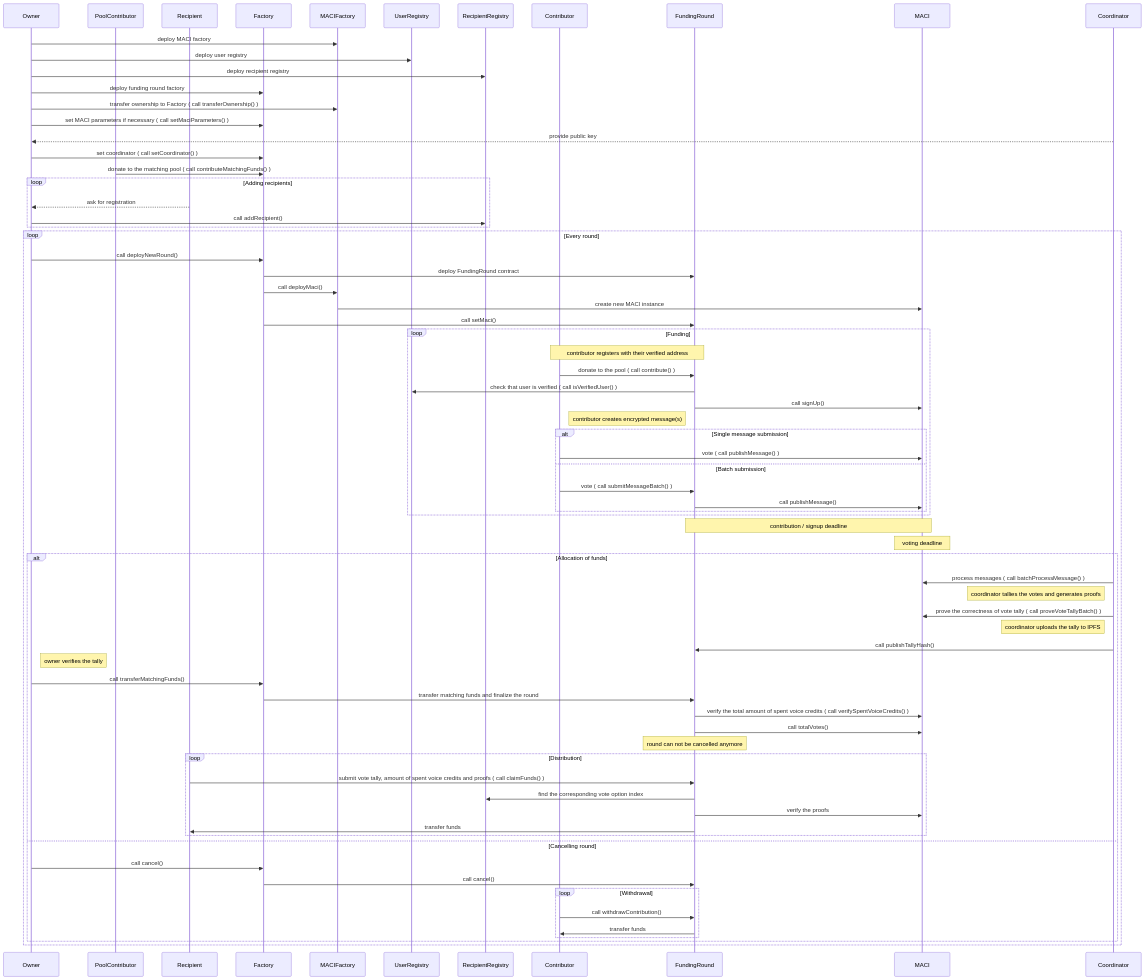
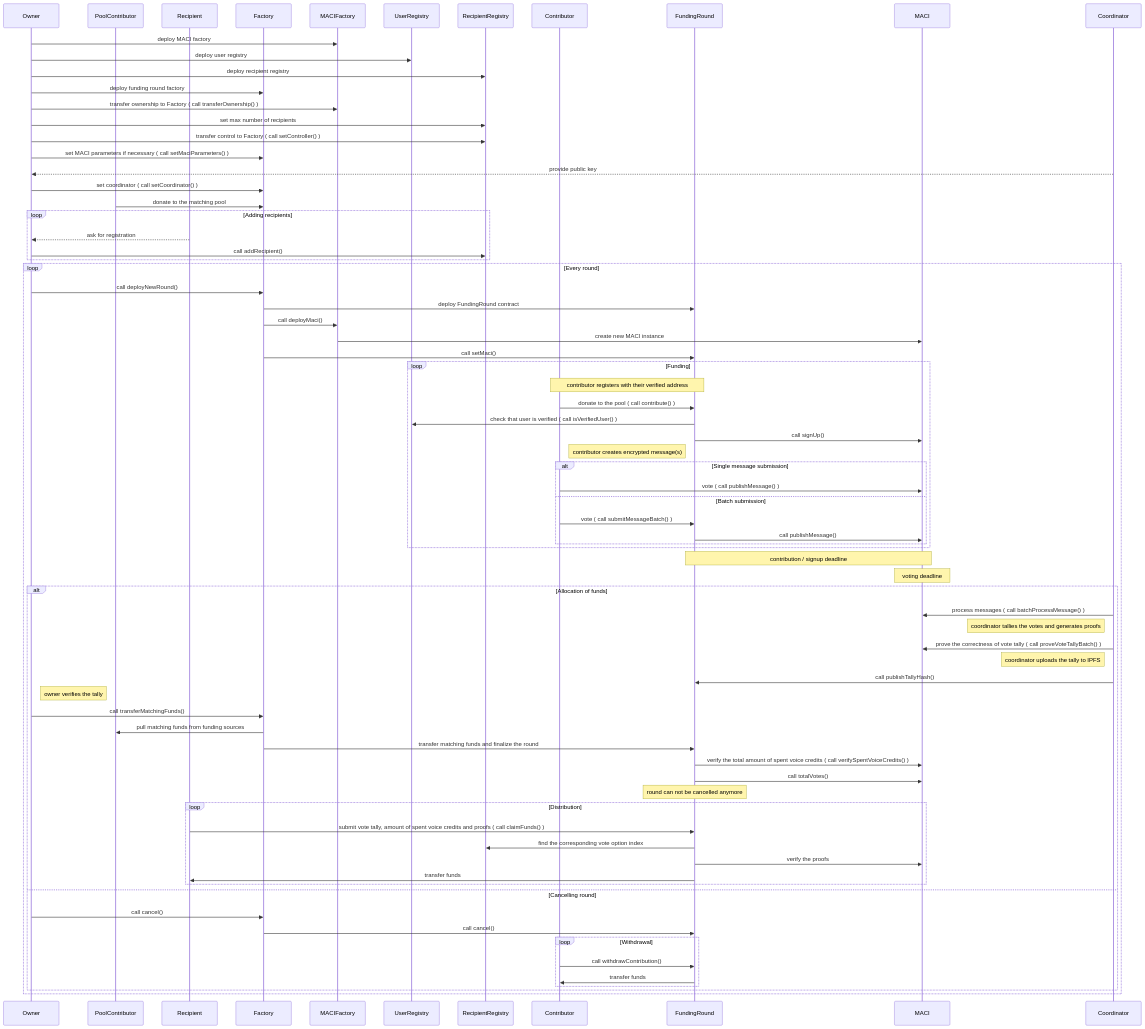
Before and after one commit to goldentechie/clrfund: the diagram in docs/clrfund.mmd, drawn with Mermaid. The commit also changed 1 other file, not shown here.

Commit message:
Misc: Update diagram

```diff
--- a/docs/clrfund.mmd
+++ b/docs/clrfund.mmd
@@ -1,83 +1,86 @@
 %% To render this diagram, paste the code into the live editor https://mermaid-js.github.io/mermaid-live-editor/ or use Mermaid CLI
 
 sequenceDiagram
     participant Owner
     participant PoolContributor
     participant Recipient
     participant Factory
     participant MACIFactory
     participant UserRegistry
     participant RecipientRegistry
     participant Contributor
     participant FundingRound
     participant MACI
     participant Coordinator
     
     Owner ->> MACIFactory: deploy MACI factory
     Owner ->> UserRegistry: deploy user registry
     Owner ->> RecipientRegistry: deploy recipient registry
     Owner ->> Factory: deploy funding round factory
     Owner ->> MACIFactory: transfer ownership to Factory ( call transferOwnership() )
+    Owner ->> RecipientRegistry: set max number of recipients
+    Owner ->> RecipientRegistry: transfer control to Factory ( call setController() )
     Owner ->> Factory: set MACI parameters if necessary ( call setMaciParameters() )
     Coordinator -->> Owner: provide public key
     Owner ->> Factory: set coordinator ( call setCoordinator() )
-    PoolContributor ->> Factory: donate to the matching pool ( call contributeMatchingFunds() )
+    PoolContributor ->> Factory: donate to the matching pool
 
     loop Adding recipients
         Recipient -->> Owner: ask for registration
         Owner ->> RecipientRegistry: call addRecipient()
     end
     
     loop Every round
         Owner ->> Factory: call deployNewRound()
         Factory ->> FundingRound: deploy FundingRound contract
         Factory ->> MACIFactory: call deployMaci()
         MACIFactory ->> MACI: create new MACI instance
         Factory ->> FundingRound: call setMaci()
         
         loop Funding
             Note over Contributor, FundingRound: contributor registers with their verified address
             Contributor ->> FundingRound: donate to the pool ( call contribute() )
             FundingRound ->> UserRegistry: check that user is verified ( call isVerifiedUser() )
             FundingRound ->> MACI: call signUp()
             Note right of Contributor: contributor creates encrypted message(s)
             alt Single message submission
                 Contributor ->> MACI: vote ( call publishMessage() )
             else Batch submission
                 Contributor ->> FundingRound: vote ( call submitMessageBatch() )
                 FundingRound ->> MACI: call publishMessage()
             end
         end
         
         Note over FundingRound, MACI: contribution / signup deadline
         Note over MACI: voting deadline
 
         alt Allocation of funds
             Coordinator ->> MACI: process messages ( call batchProcessMessage() )
             Note left of Coordinator: coordinator tallies the votes and generates proofs
             Coordinator ->> MACI: prove the correctness of vote tally ( call proveVoteTallyBatch() )
             Note left of Coordinator: coordinator uploads the tally to IPFS
             Coordinator ->> FundingRound: call publishTallyHash()
             Note right of Owner: owner verifies the tally
             Owner ->> Factory: call transferMatchingFunds()
+            Factory ->> PoolContributor: pull matching funds from funding sources
             Factory ->> FundingRound: transfer matching funds and finalize the round
             FundingRound ->> MACI: verify the total amount of spent voice credits ( call verifySpentVoiceCredits() )
             FundingRound ->> MACI: call totalVotes()
             Note over FundingRound: round can not be cancelled anymore
 
             loop Distribution
                 Recipient ->> FundingRound: submit vote tally, amount of spent voice credits and proofs ( call claimFunds() )
                 FundingRound ->> RecipientRegistry: find the corresponding vote option index
                 FundingRound ->> MACI: verify the proofs
                 FundingRound ->> Recipient: transfer funds
             end
         else Cancelling round
             Owner ->> Factory: call cancel()
             Factory ->> FundingRound: call cancel()
 
             loop Withdrawal
                 Contributor ->> FundingRound: call withdrawContribution()
                 FundingRound ->> Contributor: transfer funds
             end
         end
     end
```
